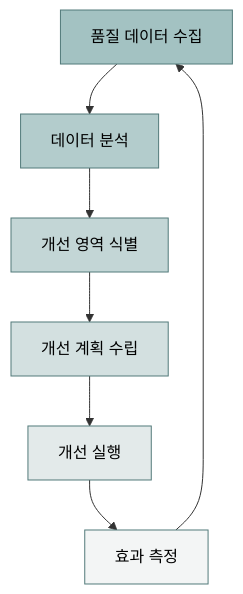
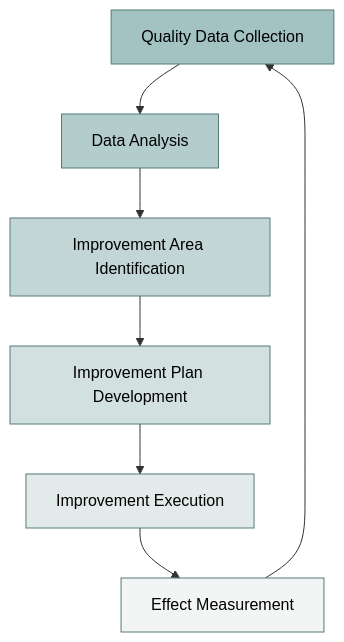
The fifth of 6 diagrams in 8.prompt-driven-development-methodology-considerations.md (bbalganjjm/prompt-driven-development), drawn with Mermaid before and after one commit. The commit also changed other lines of this file and 3 other files, not shown here.

````diff
--- a/8.prompt-driven-development-methodology-considerations.md
+++ b/8.prompt-driven-development-methodology-considerations.md
@@ -284,16 +271,16 @@
 ```mermaid
 flowchart TD
-    A[품질 데이터 수집] --> B[데이터 분석]
-    B --> C[개선 영역 식별]
-    C --> D[개선 계획 수립]
-    D --> E[개선 실행]
-    E --> F[효과 측정]
+    A[Quality Data Collection] --> B[Data Analysis]
+    B --> C[Improvement Area Identification]
+    C --> D[Improvement Plan Development]
+    D --> E[Improvement Execution]
+    E --> F[Effect Measurement]
     F --> A
     
     style A fill:#a3c2c2,stroke:#527a7a,color:#000000
     style B fill:#b3cccc,stroke:#527a7a,color:#000000
     style C fill:#c3d6d6,stroke:#527a7a,color:#000000
     style D fill:#d3e0e0,stroke:#527a7a,color:#000000
     style E fill:#e3eaea,stroke:#527a7a,color:#000000
     style F fill:#f3f5f5,stroke:#527a7a,color:#000000
 ```
````
